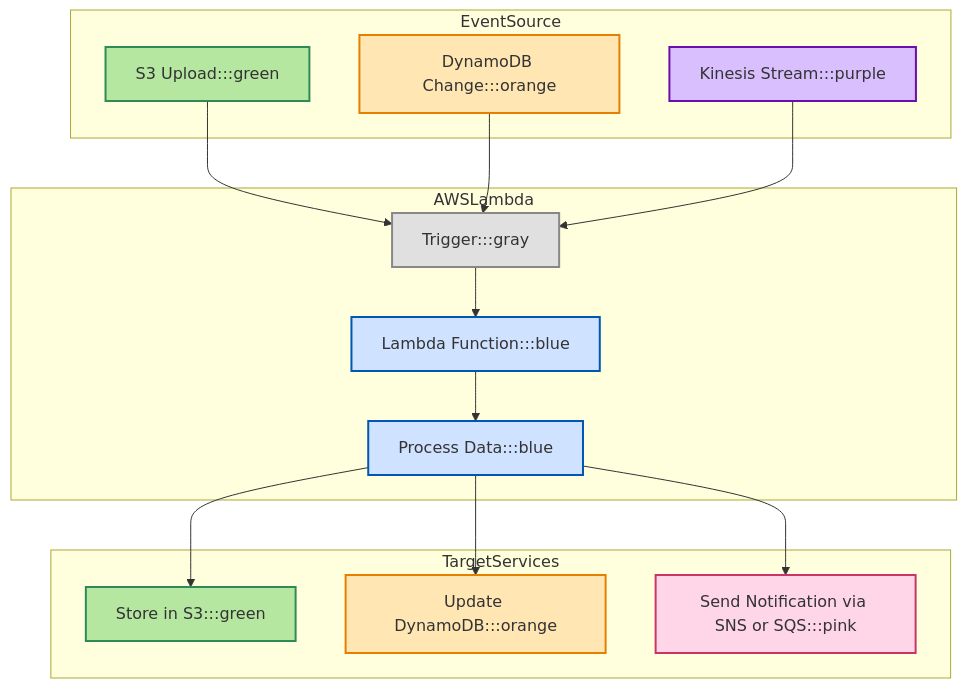
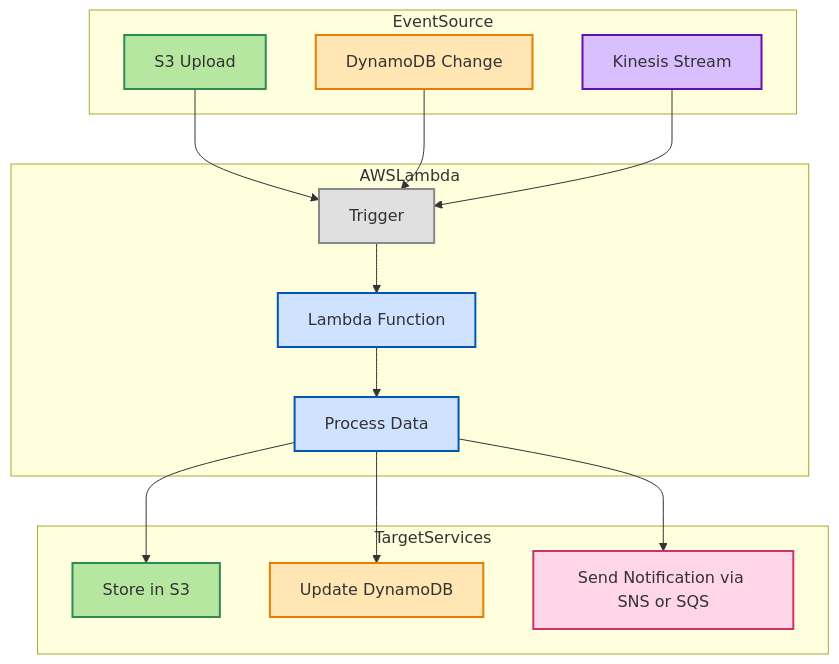
The diagram in README.md (blaire101/DE2-AWS-Azure-GCP-2025), drawn with Mermaid before and after one commit.

````diff
--- a/README.md
+++ b/README.md
@@ -167,45 +167,43 @@
 ```mermaid
 flowchart TD
     subgraph EventSource
-        A1[S3 Upload:::green]
-        A2[DynamoDB Change:::orange]
-        A3[Kinesis Stream:::purple]
+        A1[S3 Upload]
+        A2[DynamoDB Change]
+        A3[Kinesis Stream]
     end
 
     subgraph AWSLambda
-        L1[Trigger:::gray]
-        L2[Lambda Function:::blue]
-        L3[Process Data:::blue]
+        L1[Trigger]
+        L2[Lambda Function]
+        L3[Process Data]
     end
 
     subgraph TargetServices
-        T1[Store in S3:::green]
-        T2[Update DynamoDB:::orange]
-        T3[Send Notification via SNS or SQS:::pink]
+        T1[Store in S3]
+        T2[Update DynamoDB]
+        T3[Send Notification via SNS or SQS]
     end
 
     A1 --> L1
     A2 --> L1
     A3 --> L1
     L1 --> L2
     L2 --> L3
     L3 --> T1
     L3 --> T2
     L3 --> T3
 
     classDef green fill:#b5e7a0,stroke:#2e8b57,stroke-width:2px;
     classDef orange fill:#ffe6b3,stroke:#e67e00,stroke-width:2px;
     classDef purple fill:#dabfff,stroke:#6a0dad,stroke-width:2px;
     classDef blue fill:#cfe2ff,stroke:#0056b3,stroke-width:2px;
     classDef gray fill:#e0e0e0,stroke:#888888,stroke-width:2px;
     classDef pink fill:#ffd6e7,stroke:#cc3366,stroke-width:2px;
 
-    class A1 green;
-    class A2 orange;
+    class A1,T1 green;
+    class A2,T2 orange;
     class A3 purple;
     class L1 gray;
     class L2,L3 blue;
-    class T1 green;
-    class T2 orange;
     class T3 pink;
 ```
````
